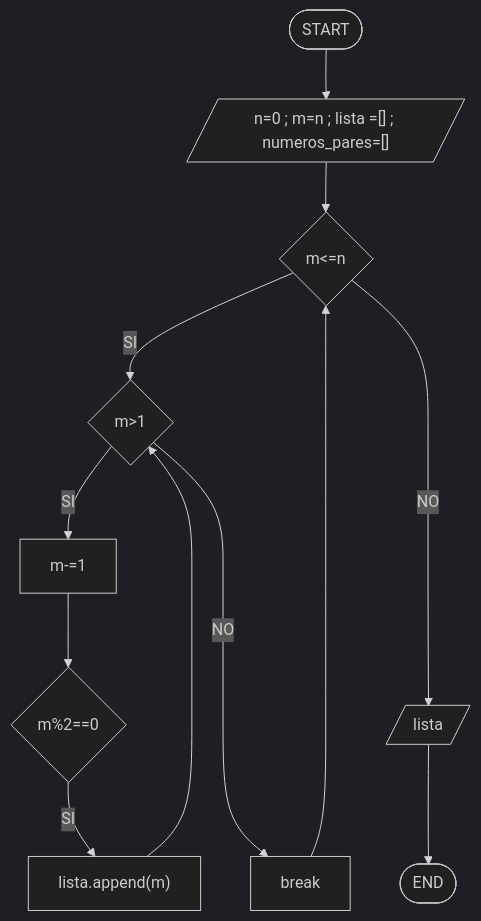
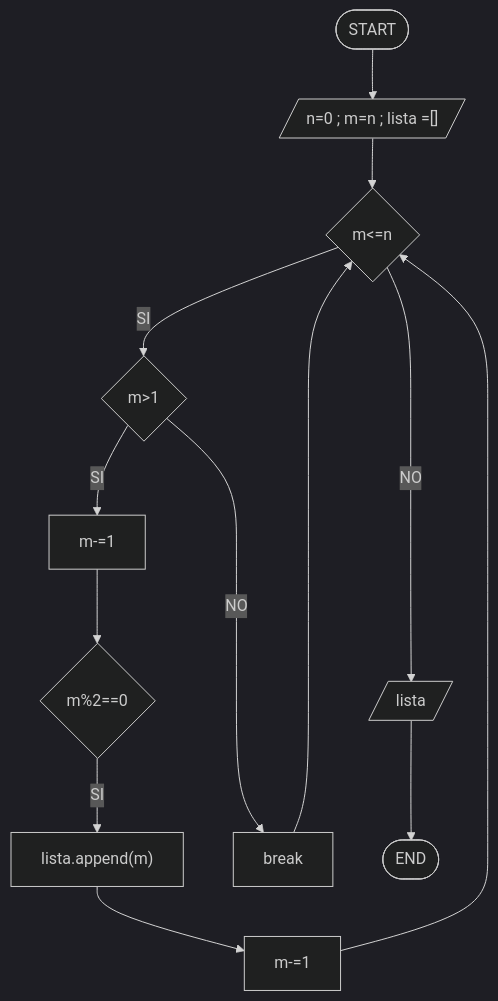
The third of 3 diagrams in README.md (MariaAleja05/Reto7_LosWhilesFacilitanTodo), drawn with Mermaid (dark theme) before and after one commit. The commit also changed other lines of this file, not shown here.

````diff
--- a/README.md
+++ b/README.md
@@ -66,14 +80,15 @@
 ```mermaid
 flowchart TB;
-    A([START])--> B[/"n=0 ; m=n ; lista =[] ; numeros_pares=[]"/]
+    A([START])--> B[/"n=0 ; m=n ; lista =[]"/]
     B -->C{m<=n}
     C -- SI --> D{"m>1"}
     D -- SI --> E["m-=1"]
     E --> F{"m%2==0"}
     F -- SI --> G["lista.append(m)"]
-    G -->
+    G --> K["m-=1"]
+    K --> C
     D -- NO --> H["break"]
     H -----> C
     C -- NO ----> I[/"lista"/]
     I --> J([END])
 ```
````
